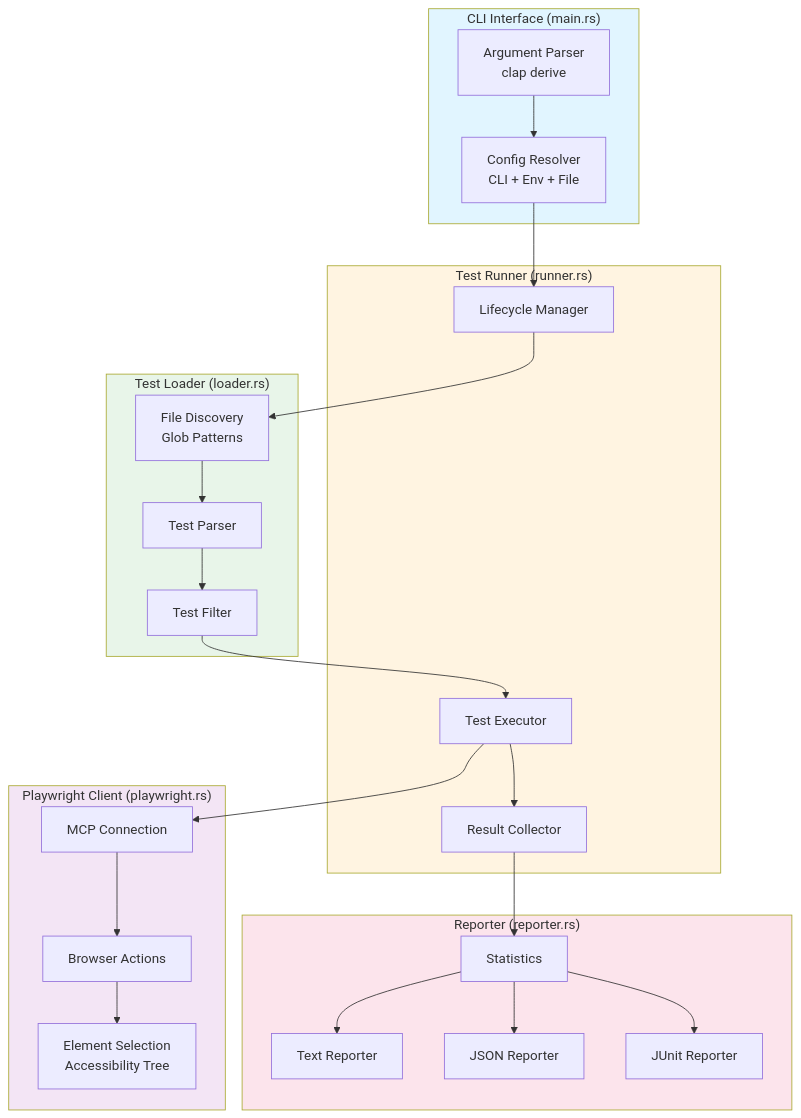
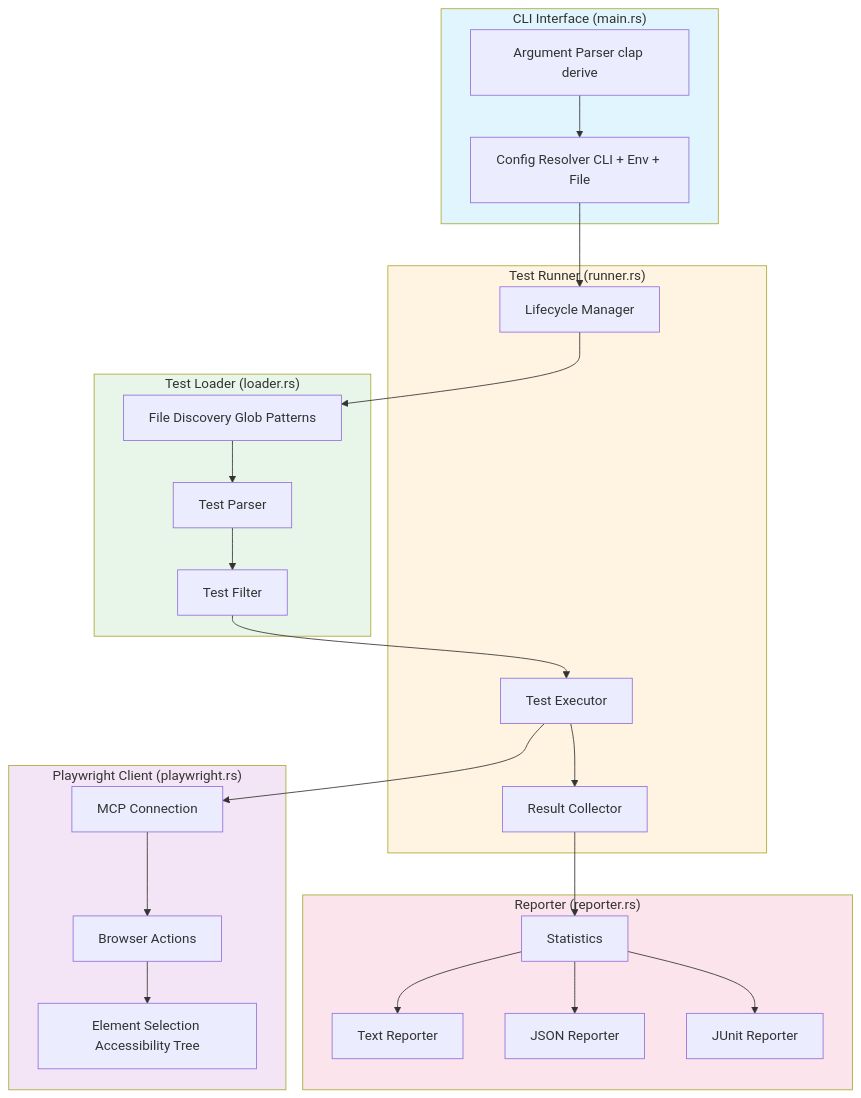
One commit to softwarewrighter/ui-test-rs changed the second of 14 diagrams in wiki/Architecture.md. Above: the diagram before and after it, drawn with Mermaid. The commit also changed other lines of this file and 10 other files, not shown here.

First line of the commit message:
Fix wiki Mermaid diagrams: remove <br/> tags

````diff
--- a/wiki/Architecture.md
+++ b/wiki/Architecture.md
@@ -52,53 +52,53 @@
 ```mermaid
 graph TB
     subgraph CLI["CLI Interface (main.rs)"]
-        ArgParser[Argument Parser<br/>clap derive]
-        Config[Config Resolver<br/>CLI + Env + File]
+        ArgParser[Argument Parser clap derive]
+        Config[Config Resolver CLI + Env + File]
     end
 
     subgraph Runner["Test Runner (runner.rs)"]
         Lifecycle[Lifecycle Manager]
         Executor[Test Executor]
         Collector[Result Collector]
     end
 
     subgraph Loader["Test Loader (loader.rs)"]
-        Discovery[File Discovery<br/>Glob Patterns]
+        Discovery[File Discovery Glob Patterns]
         Parser[Test Parser]
         Filter[Test Filter]
     end
 
     subgraph PW["Playwright Client (playwright.rs)"]
         Connection[MCP Connection]
         Actions[Browser Actions]
-        Elements[Element Selection<br/>Accessibility Tree]
+        Elements[Element Selection Accessibility Tree]
     end
 
     subgraph Reporter["Reporter (reporter.rs)"]
         TextRep[Text Reporter]
         JsonRep[JSON Reporter]
         JunitRep[JUnit Reporter]
         Stats[Statistics]
     end
 
     ArgParser --> Config
     Config --> Lifecycle
     Lifecycle --> Discovery
     Discovery --> Parser
     Parser --> Filter
     Filter --> Executor
     Executor --> Connection
     Connection --> Actions
     Actions --> Elements
     Executor --> Collector
     Collector --> Stats
     Stats --> TextRep
     Stats --> JsonRep
     Stats --> JunitRep
 
     style CLI fill:#e1f5ff
     style Runner fill:#fff4e1
     style Loader fill:#e8f5e9
     style PW fill:#f3e5f5
     style Reporter fill:#fce4ec
 ```
````
